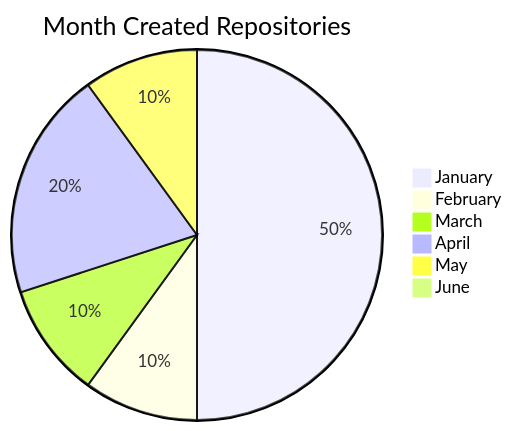
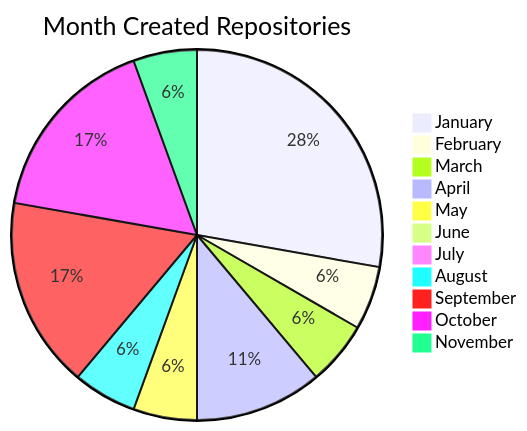
One commit to BackdevHong/WOC changed the second of 2 diagrams in README.md. Above: the diagram before and after it, drawn with Mermaid. The commit also changed other lines of this file, not shown here.

````diff
--- a/README.md
+++ b/README.md
@@ -24,9 +34,14 @@
 ```mermaid
 pie title Month Created Repositories
 "January" : 5
 "February" : 1
 "March" : 1
 "April" : 2
 "May" : 1
 "June" : 0
+"July": 0
+"August": 1
+"September": 3
+"October": 3
+"November": 1
 ```
````
